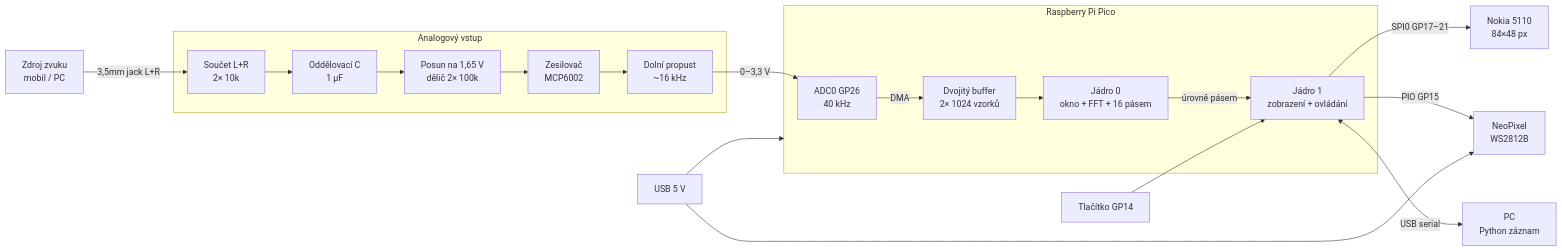
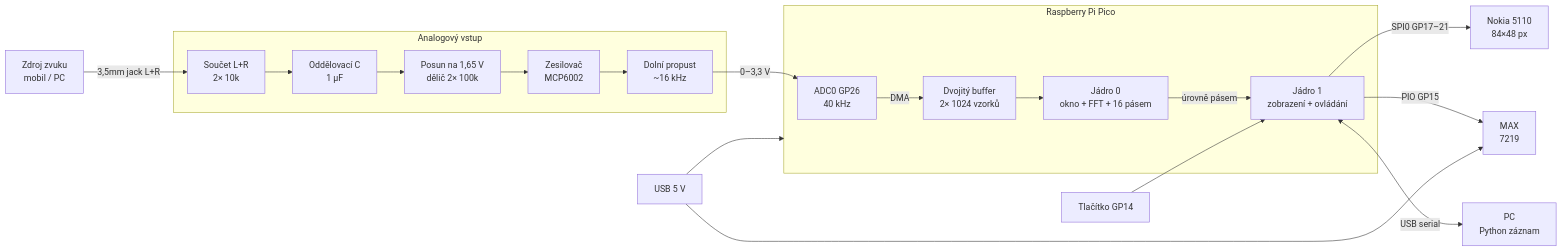
Before and after one commit to Rauf16/de2-audio-spectrum: the diagram in README.md, drawn with Mermaid.

Commit message:
Update LED component in README.md

````diff
--- a/README.md
+++ b/README.md
@@ -18,19 +18,19 @@
 ```mermaid
 flowchart LR
   SRC[Zdroj zvuku<br/>mobil / PC] -->|3,5mm jack L+R| MIX
   subgraph AFE[Analogový vstup]
     MIX[Součet L+R<br/>2× 10k] --> CAP[Oddělovací C<br/>1 µF] --> BIAS[Posun na 1,65 V<br/>dělič 2× 100k] --> AMP[Zesilovač<br/>MCP6002] --> LPF[Dolní propust<br/>~16 kHz]
   end
   LPF -->|0–3,3 V| ADC
   subgraph PICO[Raspberry Pi Pico]
     ADC[ADC0 GP26<br/>40 kHz] -->|DMA| BUF[Dvojitý buffer<br/>2× 1024 vzorků]
     BUF --> C0[Jádro 0<br/>okno + FFT + 16 pásem]
     C0 -->|úrovně pásem| C1[Jádro 1<br/>zobrazení + ovládání]
   end
   C1 -->|SPI0 GP17–21| LCD[Nokia 5110<br/>84×48 px]
-  C1 -->|PIO GP15| LED[NeoPixel<br/>WS2812B]
+  C1 -->|PIO GP15| LED[MAX<br/>7219]
   BTN[Tlačítko GP14] --> C1
   C1 <-->|USB serial| PC[PC<br/>Python záznam]
   PWR[USB 5 V] --> PICO
   PWR --> LED
 ```
````
